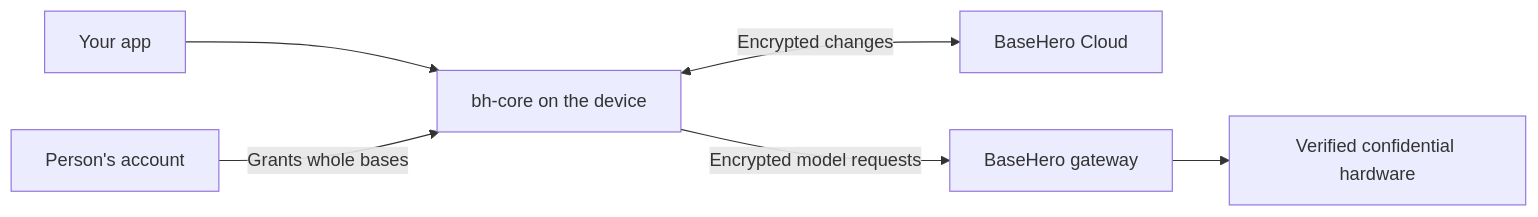
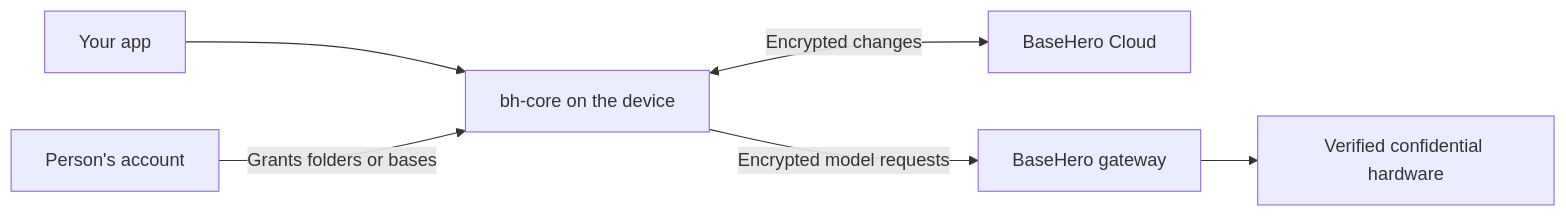
Before and after one commit to BaseHero/basehero: the diagram in docs/build-an-app.md, drawn with Mermaid. The commit also changed other lines of this file and 67 other files, not shown here.

````diff
--- a/docs/build-an-app.md
+++ b/docs/build-an-app.md
@@ -7,8 +7,8 @@
 ```mermaid
 flowchart LR
     App[Your app] --> Core[bh-core on the device]
     Core <-->|Encrypted changes| Cloud[BaseHero Cloud]
     Core -->|Encrypted model requests| Gateway[BaseHero gateway]
     Gateway --> Provider[Verified confidential hardware]
-    Person[Person's account] -->|Grants whole bases| Core
+    Person[Person's account] -->|Grants folders or bases| Core
 ```
````
